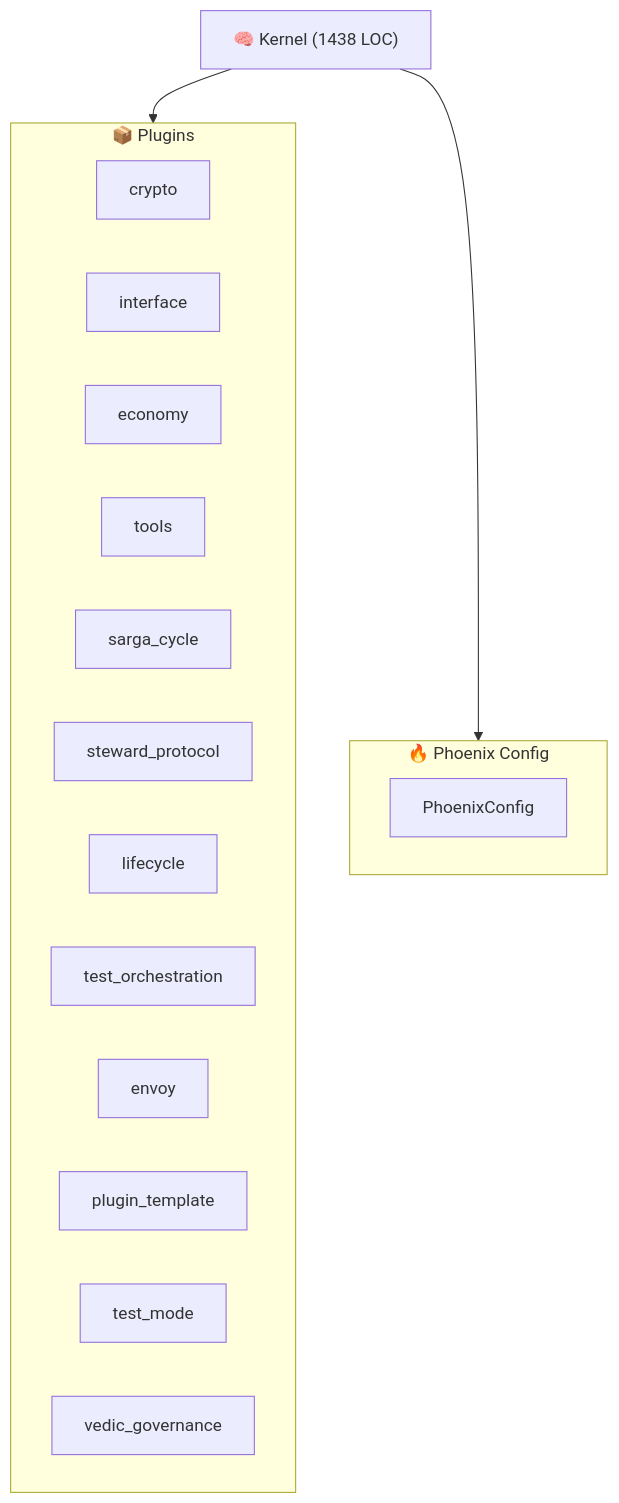
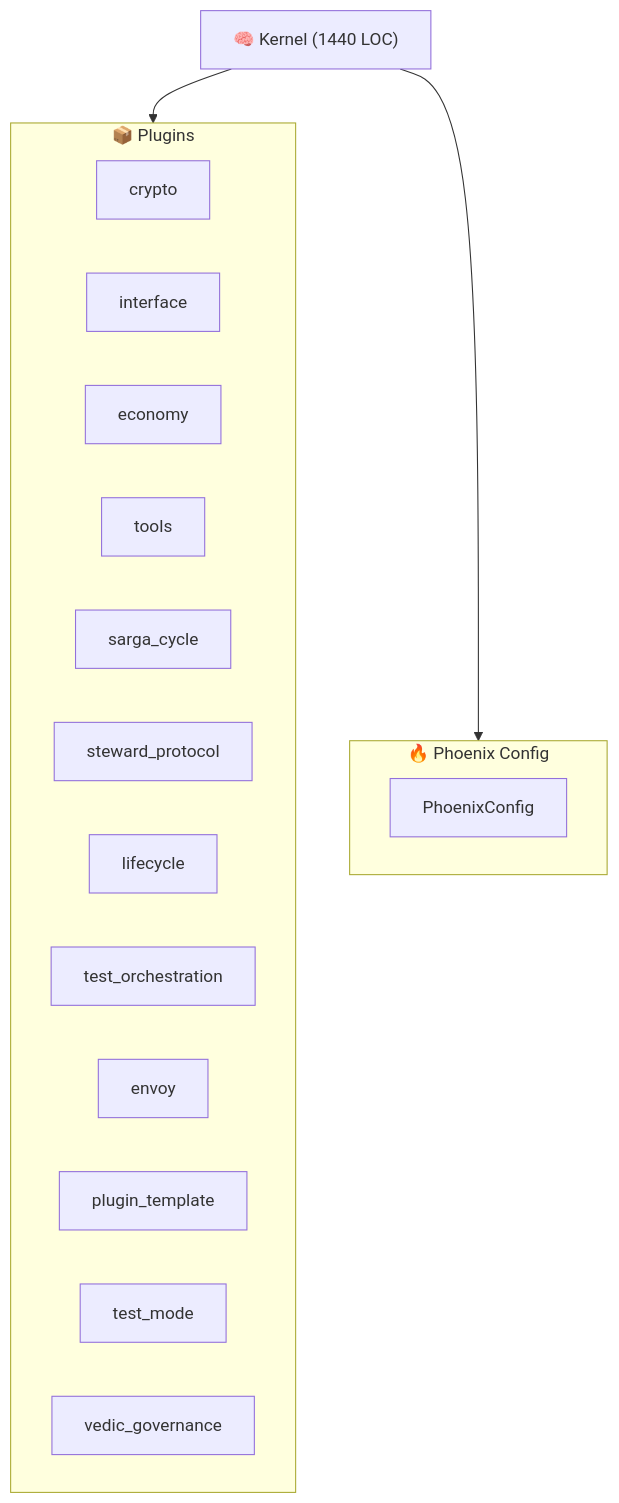
The diagram in OPUS.md (kimeisele/steward-protocol), drawn with Mermaid before and after one commit. The commit also changed other lines of this file and 15 other files, not shown here.

````diff
--- a/OPUS.md
+++ b/OPUS.md
@@ -96,23 +96,23 @@
 ```mermaid
 graph TB
-    K["🧠 Kernel (1438 LOC)"]
+    K["🧠 Kernel (1440 LOC)"]
     subgraph Plugins["📦 Plugins"]
         P_crypto["crypto"]
         P_interface["interface"]
         P_economy["economy"]
         P_tools["tools"]
         P_sarga_cycle["sarga_cycle"]
         P_steward_protocol["steward_protocol"]
         P_lifecycle["lifecycle"]
         P_test_orchestration["test_orchestration"]
         P_envoy["envoy"]
         P_plugin_template["plugin_template"]
         P_test_mode["test_mode"]
         P_vedic_governance["vedic_governance"]
     end
     K --> Plugins
     subgraph Config["🔥 Phoenix Config"]
         PC[PhoenixConfig]
     end
     K --> Config
 ```
````
